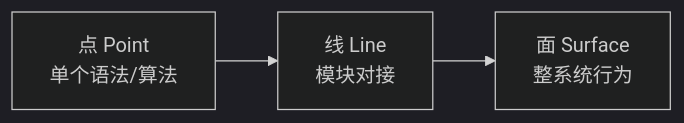
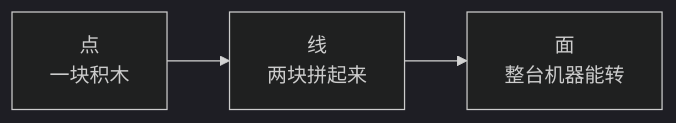
One commit to Thezx-a/LumenDB changed the diagram in deepvector/course/00_如何使用本教程_zh.md. Above: the diagram before and after it, drawn with Mermaid (dark theme). The commit also changed other lines of this file and 9 other files, not shown here.

````diff
--- a/deepvector/course/00_如何使用本教程_zh.md
+++ b/deepvector/course/00_如何使用本教程_zh.md
@@ -26,5 +28,5 @@
 ```mermaid
 flowchart LR
-    P[点 Point<br/>单个语法/算法] --> L[线 Line<br/>模块对接]
-    L --> S[面 Surface<br/>整系统行为]
+    P[点<br/>一块积木] --> L[线<br/>两块拼起来]
+    L --> S[面<br/>整台机器能转]
 ```
````
